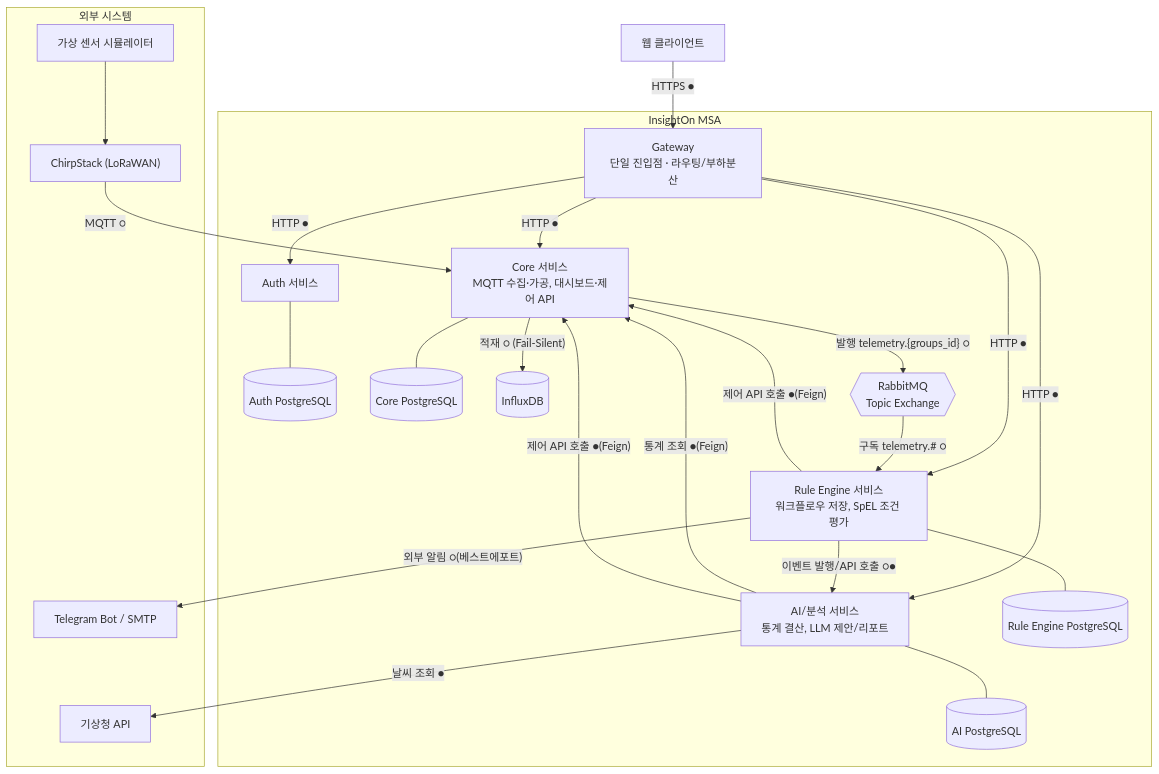
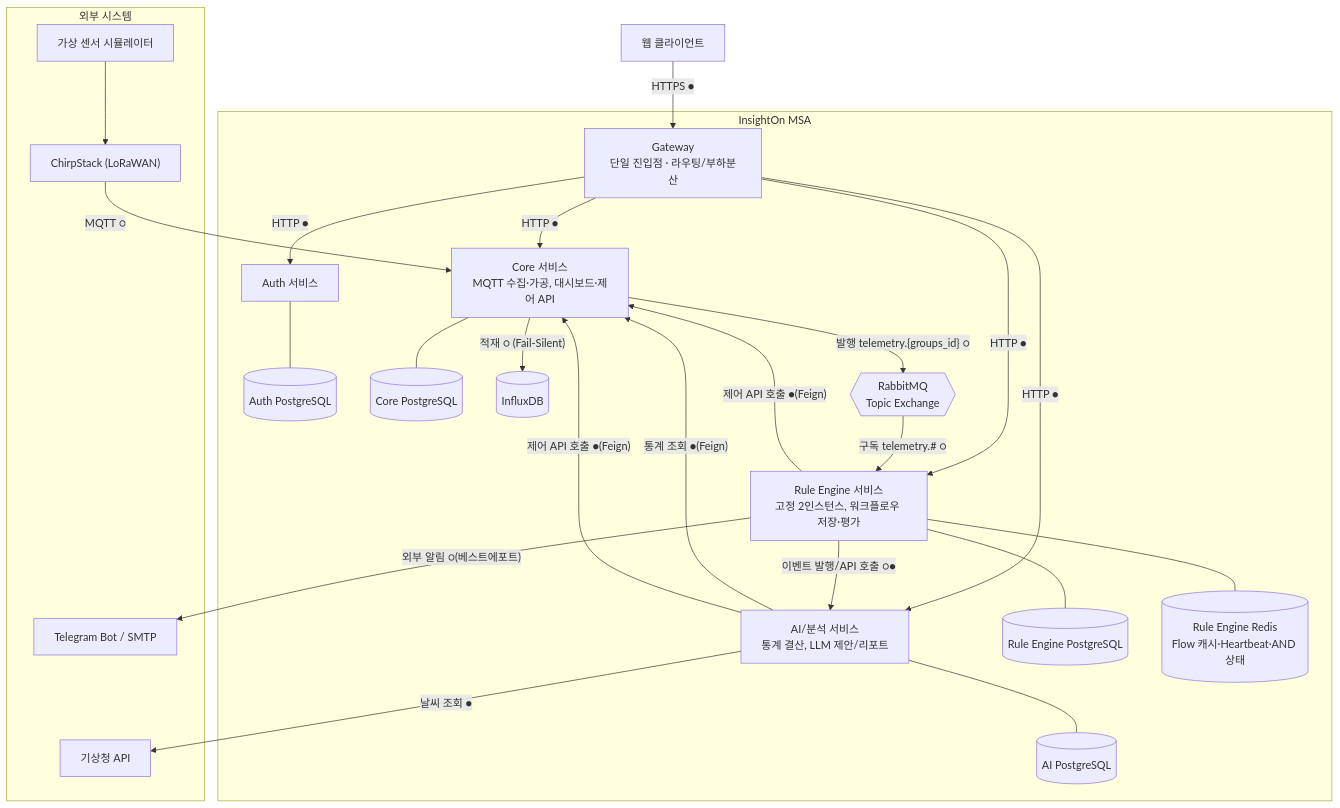
Before and after one commit to nhnacademy-aiot3-insighton/.github: the first of 5 diagrams in profile/README.md, drawn with Mermaid. The commit also changed other lines of this file, not shown here.

````diff
--- a/profile/README.md
+++ b/profile/README.md
@@ -206,45 +213,47 @@
 ```mermaid
 flowchart TB
     subgraph Ext["외부 시스템"]
         Sim["가상 센서 시뮬레이터"]
         ChirpStack["ChirpStack (LoRaWAN)"]
         KMA["기상청 API"]
         Notify["Telegram Bot / SMTP"]
     end
 
     subgraph Platform["InsightOn MSA"]
         GW["Gateway<br/>단일 진입점 · 라우팅/부하분산"]
         Auth["Auth 서비스"]
         Core["Core 서비스<br/>MQTT 수집·가공, 대시보드·제어 API"]
-        RE["Rule Engine 서비스<br/>워크플로우 저장, SpEL 조건 평가"]
+        RE["Rule Engine 서비스<br/>고정 2인스턴스, 워크플로우 저장·평가"]
         AI["AI/분석 서비스<br/>통계 결산, LLM 제안/리포트"]
 
         AuthDB[("Auth PostgreSQL")]
         CoreDB[("Core PostgreSQL")]
         Influx[("InfluxDB")]
         REDB[("Rule Engine PostgreSQL")]
+        RERedis[("Rule Engine Redis<br/>Flow 캐시·Heartbeat·AND 상태")]
         AIDB[("AI PostgreSQL")]
         MQ{{"RabbitMQ<br/>Topic Exchange"}}
     end
 
     Client["웹 클라이언트"] -- "HTTPS ●" --> GW
     GW -- "HTTP ●" --> Auth
     GW -- "HTTP ●" --> Core
     GW -- "HTTP ●" --> RE
     GW -- "HTTP ●" --> AI
 
     Sim --> ChirpStack -- "MQTT ○" --> Core
     Auth --- AuthDB
     Core --- CoreDB
     Core -- "적재 ○ (Fail-Silent)" --> Influx
     Core -- "발행 telemetry.{groups_id} ○" --> MQ
     MQ -- "구독 telemetry.# ○" --> RE
     RE --- REDB
+    RE --- RERedis
     RE -- "제어 API 호출 ●(Feign)" --> Core
     RE -- "이벤트 발행/API 호출 ○●" --> AI
     RE -- "외부 알림 ○(베스트에포트)" --> Notify
     AI --- AIDB
     AI -- "통계 조회 ●(Feign)" --> Core
     AI -- "날씨 조회 ●" --> KMA
     AI -- "제어 API 호출 ●(Feign)" --> Core
 ```
````
